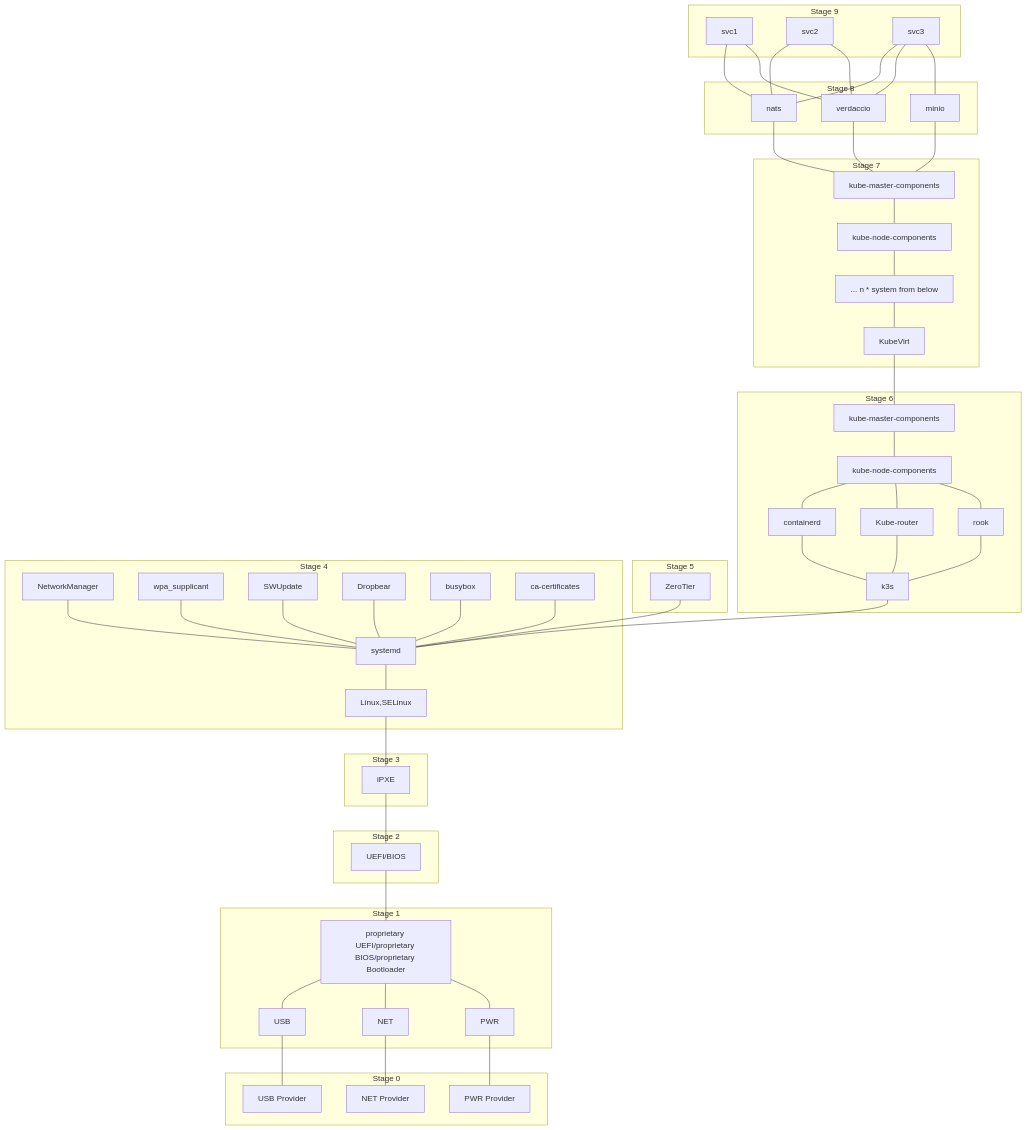
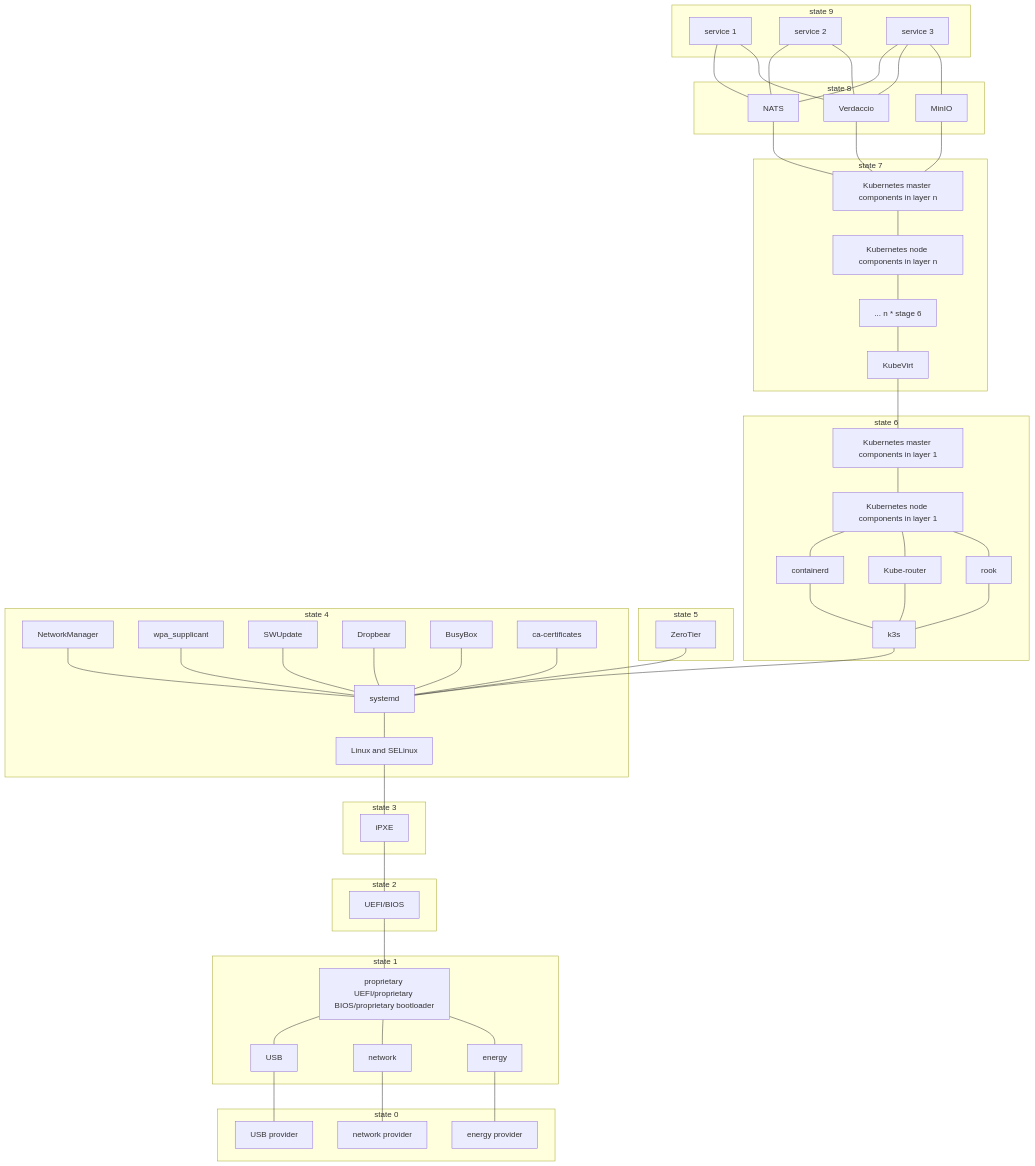
One commit to pojntfx/notes changed the first of 3 diagrams in src/2019/05/cluster-platform-on-single-diagram.md. Above: the diagram before and after it, drawn with Mermaid. The commit also changed other lines of this file, not shown here.

````diff
--- a/src/2019/05/cluster-platform-on-single-diagram.md
+++ b/src/2019/05/cluster-platform-on-single-diagram.md
@@ -5,96 +5,96 @@
 ```mermaid
 graph TB
-    subgraph Stage 9
-        svc1
-        svc2
-        svc3
+    subgraph state 9
+        service_1[service 1]
+        service_2[service 2]
+        service_3[service 3]
     end
-    subgraph Stage 8
-        nats
-        minio
-        verdaccio
+    subgraph state 8
+        nats[NATS]
+        minio[MinIO]
+        verdaccio[Verdaccio]
     end
-    subgraph Stage 7
-        kmcn[kube-master-components]
-        kncn[kube-node-components]
-        nested[... n * system from below]
-        KubeVirt
+    subgraph state 7
+        kubernetes_master_components_n[Kubernetes master components in layer n]
+        kubernetes_node_components_n[Kubernetes node components in layer n]
+        nested_stage_6[... n * stage 6]
+        kubevirt[KubeVirt]
     end
-    subgraph Stage 6
-        kmc[kube-master-components]
-        knc[kube-node-components]
+    subgraph state 6
+        kubernetes_master_components_1[Kubernetes master components in layer 1]
+        kubernetes_node_components_1[Kubernetes node components in layer 1]
         containerd
-        Kube-router
+        kube_router[Kube-router]
         rook
         k3s
     end
-    subgraph Stage 5
-        ZeroTier
+    subgraph state 5
+        zerotier[ZeroTier]
     end
-    subgraph Stage 4
-        NetworkManager
+    subgraph state 4
+        network_manager[NetworkManager]
         wpa_supplicant
-        SWUpdate
-        Dropbear
-        busybox
-        ca-certificates
+        sw_update[SWUpdate]
+        dropbear[Dropbear]
+        busybox[BusyBox]
+        ca_certificates[ca-certificates]
         systemd
-        linux[Linux,SELinux]
+        linux_selinux[Linux and SELinux]
     end
-    subgraph Stage 3
-        iPXE
+    subgraph state 3
+        ipxe[iPXE]
     end
-    subgraph Stage 2
-        uefi[UEFI/BIOS]
+    subgraph state 2
+        uefi_bios[UEFI/BIOS]
     end
-    subgraph Stage 1
-        pro[proprietary UEFI/proprietary BIOS/proprietary Bootloader]
-        USB
-        NET
-        PWR
+    subgraph state 1
+        proprietary_uefi_bios_bootloader[proprietary UEFI/proprietary BIOS/proprietary bootloader]
+        usb[USB]
+        network[network]
+        energy[energy]
     end
-    subgraph Stage 0
-        usbprovider[USB Provider]
-        pwrprovider[PWR Provider]
-        netprovider[NET Provider]
+    subgraph state 0
+        usbprovider[USB provider]
+        pwrprovider[energy provider]
+        netprovider[network provider]
     end
-    svc1 --- nats
-    svc2 --- nats
-    svc3 --- nats
-    svc1 --- verdaccio
-    svc2 --- verdaccio
-    svc3 --- verdaccio
-    svc3 --- minio
-    nats --- kmcn
-    minio --- kmcn
-    verdaccio --- kmcn
-    kmcn --- kncn
-    kncn --- nested
-    nested --- KubeVirt
-    KubeVirt --- kmc
-    kmc --- knc
-    knc --- containerd
-    knc --- Kube-router
-    knc --- rook
+    service_1 --- nats
+    service_2 --- nats
+    service_3 --- nats
+    service_1 --- verdaccio
+    service_2 --- verdaccio
+    service_3 --- verdaccio
+    service_3 --- minio
+    nats --- kubernetes_master_components_n
+    minio --- kubernetes_master_components_n
+    verdaccio --- kubernetes_master_components_n
+    kubernetes_master_components_n --- kubernetes_node_components_n
+    kubernetes_node_components_n --- nested_stage_6
+    nested_stage_6 --- kubevirt
+    kubevirt --- kubernetes_master_components_1
+    kubernetes_master_components_1 --- kubernetes_node_components_1
+    kubernetes_node_components_1 --- containerd
+    kubernetes_node_components_1 --- kube_router
+    kubernetes_node_components_1 --- rook
     containerd --- k3s
-    Kube-router --- k3s
+    kube_router --- k3s
     rook --- k3s
-    NetworkManager --- systemd
+    network_manager --- systemd
     wpa_supplicant --- systemd
-    SWUpdate --- systemd
-    Dropbear --- systemd
-    ZeroTier --- systemd
+    sw_update --- systemd
+    dropbear --- systemd
+    zerotier --- systemd
     k3s --- systemd
     busybox --- systemd
-    ca-certificates --- systemd
-    systemd --- linux
-    linux --- iPXE
-    iPXE --- uefi
-    uefi --- pro
-    pro --- USB
-    pro --- NET
-    pro --- PWR
-    USB --- usbprovider
-    NET --- netprovider
-    PWR --- pwrprovider
+    ca_certificates --- systemd
+    systemd --- linux_selinux
+    linux_selinux --- ipxe
+    ipxe --- uefi_bios
+    uefi_bios --- proprietary_uefi_bios_bootloader
+    proprietary_uefi_bios_bootloader --- usb
+    proprietary_uefi_bios_bootloader --- network
+    proprietary_uefi_bios_bootloader --- energy
+    usb --- usbprovider
+    network --- netprovider
+    energy --- pwrprovider
 ```
````
